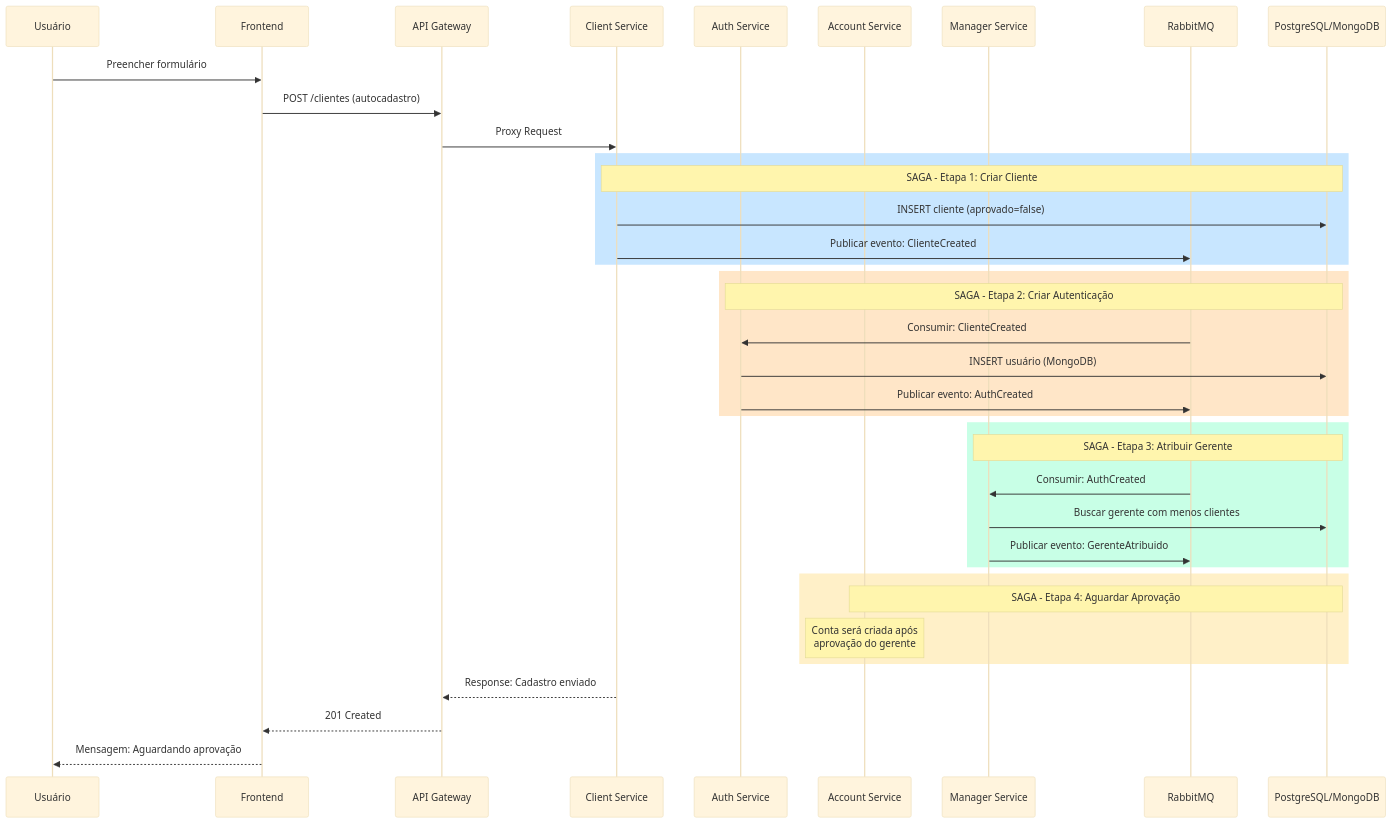
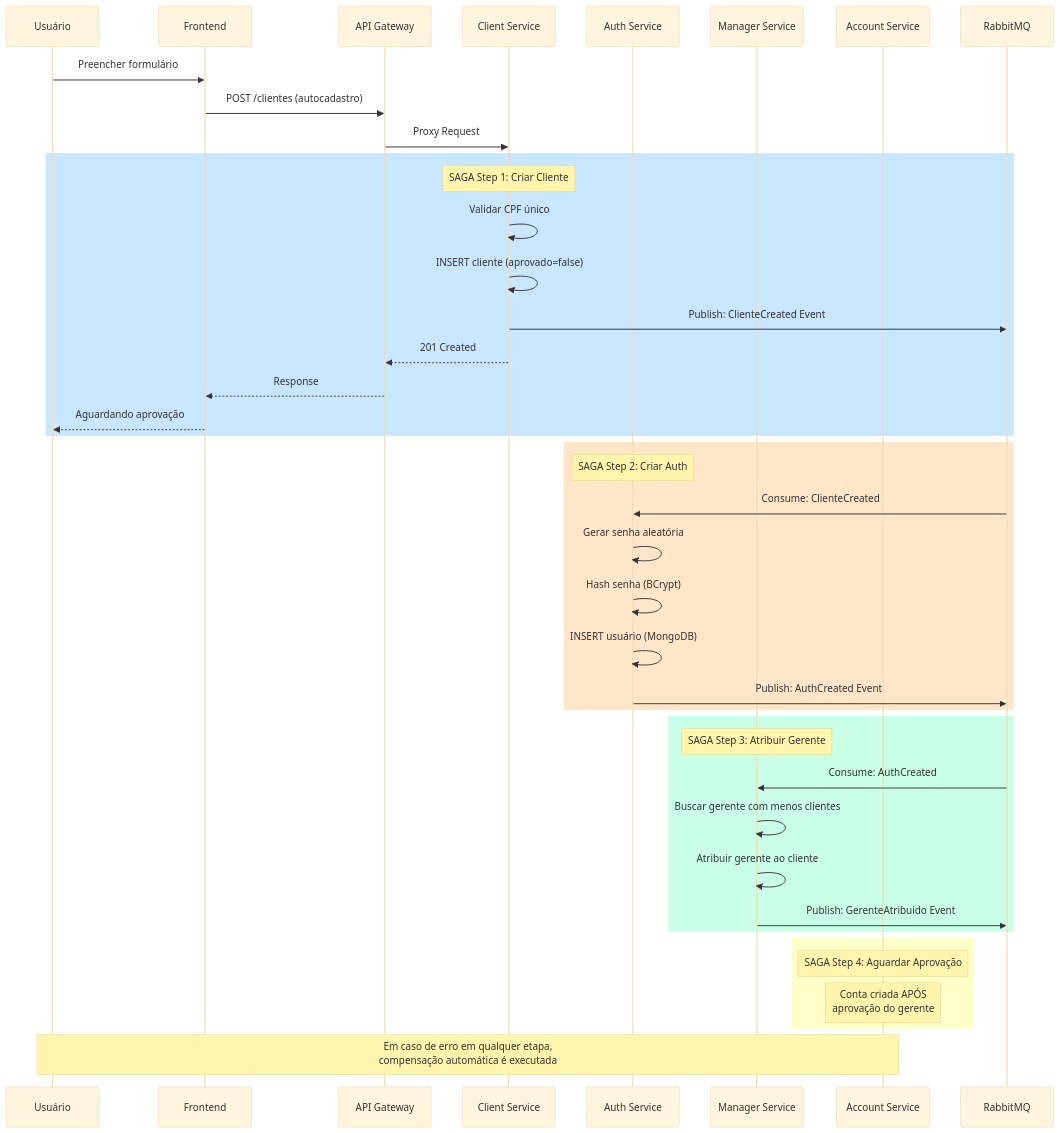
Before and after one commit to VictorPBilbao/ProjetoFinalDAC: the third of 6 diagrams in README.md, drawn with Mermaid (base theme). The commit also changed other lines of this file, not shown here.

First line of the commit message:
Expands README with CQRS, SAGA, and service details

````diff
--- a/README.md
+++ b/README.md
@@ -138,45 +267,49 @@
 ```mermaid
 sequenceDiagram
     participant U as Usuário
     participant F as Frontend
     participant G as API Gateway
     participant C as Client Service
     participant A as Auth Service
+    participant MG as Manager Service
     participant AC as Account Service
-    participant MG as Manager Service
     participant R as RabbitMQ
-    participant DB as PostgreSQL/MongoDB
-    
+
     U->>F: Preencher formulário
     F->>G: POST /clientes (autocadastro)
     G->>C: Proxy Request
-    
+
     rect rgb(200, 230, 255)
-        Note over C,DB: SAGA - Etapa 1: Criar Cliente
-        C->>DB: INSERT cliente (aprovado=false)
-        C->>R: Publicar evento: ClienteCreated
+        Note over C: SAGA Step 1: Criar Cliente
+        C->>C: Validar CPF único
+        C->>C: INSERT cliente (aprovado=false)
+        C->>R: Publish: ClienteCreated Event
+        C-->>G: 201 Created
+        G-->>F: Response
+        F-->>U: Aguardando aprovação
     end
-    
+
     rect rgb(255, 230, 200)
-        Note over A,DB: SAGA - Etapa 2: Criar Autenticação
-        R->>A: Consumir: ClienteCreated
-        A->>DB: INSERT usuário (MongoDB)
-        A->>R: Publicar evento: AuthCreated
+        Note over A: SAGA Step 2: Criar Auth
+        R->>A: Consume: ClienteCreated
+        A->>A: Gerar senha aleatória
+        A->>A: Hash senha (BCrypt)
+        A->>A: INSERT usuário (MongoDB)
+        A->>R: Publish: AuthCreated Event
     end
-    
+
     rect rgb(200, 255, 230)
-        Note over MG,DB: SAGA - Etapa 3: Atribuir Gerente
-        R->>MG: Consumir: AuthCreated
-        MG->>DB: Buscar gerente com menos clientes
-        MG->>R: Publicar evento: GerenteAtribuido
+        Note over MG: SAGA Step 3: Atribuir Gerente
+        R->>MG: Consume: AuthCreated
+        MG->>MG: Buscar gerente com menos clientes
+        MG->>MG: Atribuir gerente ao cliente
+        MG->>R: Publish: GerenteAtribuido Event
     end
-    
-    rect rgb(255, 240, 200)
-        Note over AC,DB: SAGA - Etapa 4: Aguardar Aprovação
-        Note over AC: Conta será criada após<br/>aprovação do gerente
+
+    rect rgb(255, 255, 200)
+        Note over AC: SAGA Step 4: Aguardar Aprovação
+        Note over AC: Conta criada APÓS<br/>aprovação do gerente
     end
-    
-    C-->>G: Response: Cadastro enviado
-    G-->>F: 201 Created
-    F-->>U: Mensagem: Aguardando aprovação
+
+    Note over U,AC: Em caso de erro em qualquer etapa,<br/>compensação automática é executada
 ```
````
